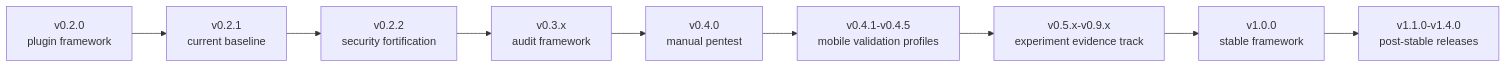
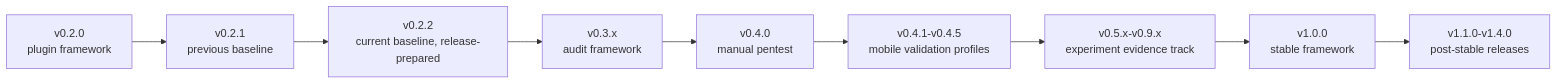
The first of 2 diagrams in docs/ROADMAP.md (dailephd/my-dev-kit-lab), drawn with Mermaid before and after one commit. The commit also changed other lines of this file and 8 other files, not shown here.

````diff
--- a/docs/ROADMAP.md
+++ b/docs/ROADMAP.md
@@ -9,11 +9,11 @@
 ```mermaid
 flowchart LR
-  A[v0.2.0<br/>plugin framework] --> B[v0.2.1<br/>current baseline]
-  B --> C[v0.2.2<br/>security fortification]
+  A[v0.2.0<br/>plugin framework] --> B[v0.2.1<br/>previous baseline]
+  B --> C[v0.2.2<br/>current baseline, release-prepared]
   C --> D[v0.3.x<br/>audit framework]
   D --> E[v0.4.0<br/>manual pentest]
   E --> F[v0.4.1-v0.4.5<br/>mobile validation profiles]
   F --> G[v0.5.x-v0.9.x<br/>experiment evidence track]
   G --> H[v1.0.0<br/>stable framework]
   H --> I[v1.1.0-v1.4.0<br/>post-stable releases]
 ```
````
